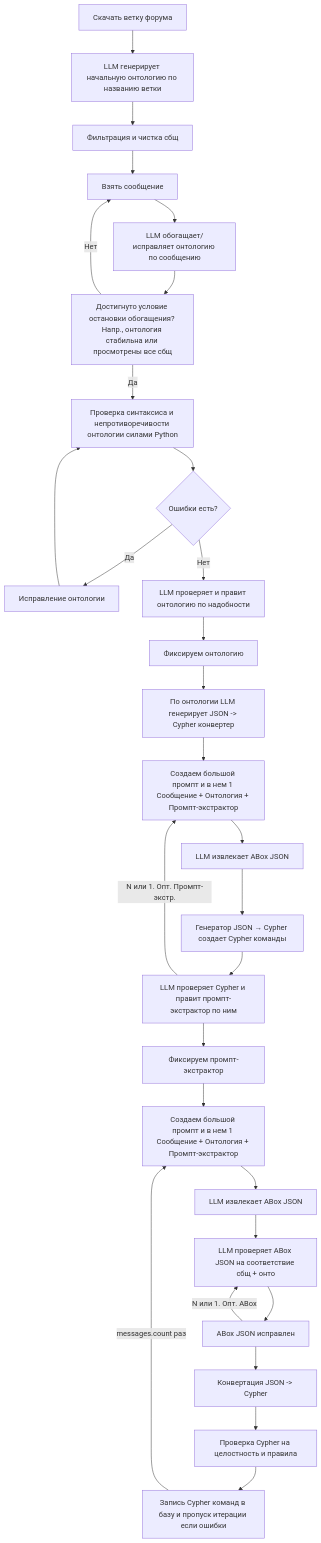
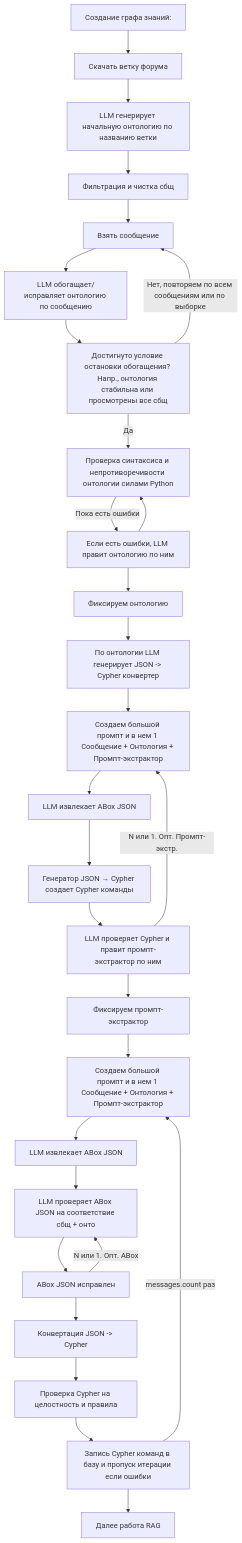
Before and after one commit to ivan-sharganov/agentic-graphrag: the diagram in readme.md, drawn with Mermaid. The commit also changed other lines of this file and 1 other file, not shown here.

````diff
--- a/readme.md
+++ b/readme.md
@@ -6,73 +4,71 @@
 ```mermaid
 flowchart TD
 
 %% ===============================
 %% 0. ВХОД
 %% ===============================
-
+Z[Создание графа знаний:] --> A
 A[Скачать ветку форума] --> B[LLM генерирует начальную онтологию по названию ветки]
 B --> B1[Фильтрация и чистка сбщ]
 %% ===============================
 %% 1. ЦИКЛ ДОРАБОТКИ ОНТОЛОГИИ
 %% ===============================
 
 B1 --> C[Взять сообщение]
 C --> D[LLM обогащает/исправляет онтологию по сообщению]
 D --> E[Достигнуто условие остановки обогащения? Напр., онтология стабильна или просмотрены все сбщ]
 
-E -- Нет --> C
+E -- Нет, повторяем по всем сообщениям или по выборке --> C
 E -- Да --> G[Проверка синтаксиса и непротиворечивости онтологии силами Python]
 
 %% ===============================
 %% 2. ПРОВЕРКА ОНТОЛОГИИ
 %% ===============================
 
 
-G --> H{Ошибки есть?}
+%% G --> H{Ошибки есть?}
 
-H -- Да --> I[Исправление онтологии]
-I --> G
-H -- Нет --> J[LLM проверяет и правит онтологию по надобности]
-
+%%  -- Да --> I[Исправление онтологии]
+%% I --> G
+G -- Пока есть ошибки --> J[Если есть ошибки, LLM правит онтологию по ним]
+J --> G
 J --> J1[Фиксируем онтологию]
 J1 --> J2[По онтологии LLM генерирует JSON -> Cypher конвертер]
 %% ===============================
 %% 3. ИЗВЛЕЧЕНИЕ ABox (ДЛЯ КАЖДОГО СООБЩЕНИЯ)
 %% ===============================
 
 J2 --> K[Создаем большой промпт и в нем 1 Сообщение + Онтология + Промпт-экстрактор]
 K --> L[LLM извлекает ABox JSON]
 
 
 
 
 
 
 
 
 %% ===============================
 %% 4. КОНВЕРТАЦИЯ JSON → CYPHER
 %% ===============================
 
 L --> M[Генератор JSON → Cypher создает Cypher команды]
 M --> N[LLM проверяет Cypher и правит промпт-экстрактор по ним]
 N -- N или 1. Опт. Промпт-экстр. --> K
 
 N --> P[Фиксируем промпт-экстрактор]
 
 %% 
 P --> Q[Создаем большой промпт и в нем 1 Сообщение + Онтология + Промпт-экстрактор]
 Q --> R[LLM извлекает ABox JSON]
 R --> S[LLM проверяет ABox JSON на соответствие сбщ + онто]
 S --> T[ABox JSON исправлен]
 T -- N или 1. Опт. ABox --> S
 T --> U[Конвертация JSON -> Cypher]
 U --> V[Проверка Cypher на целостность и правила]
 V --> W[Запись Cypher команд в базу и пропуск итерации если ошибки]
 W -- messages.count раз --> Q
 
-
-
-
+W --> X[Далее работа RAG]
 
 ```
````
